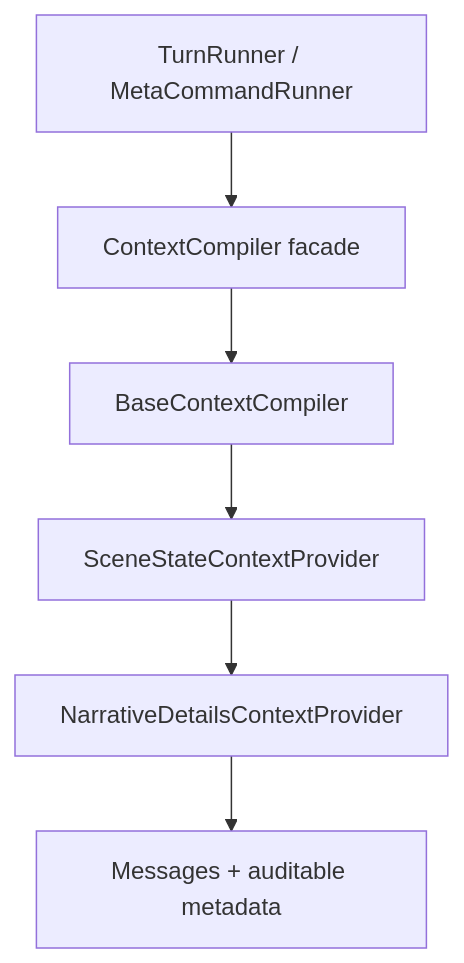
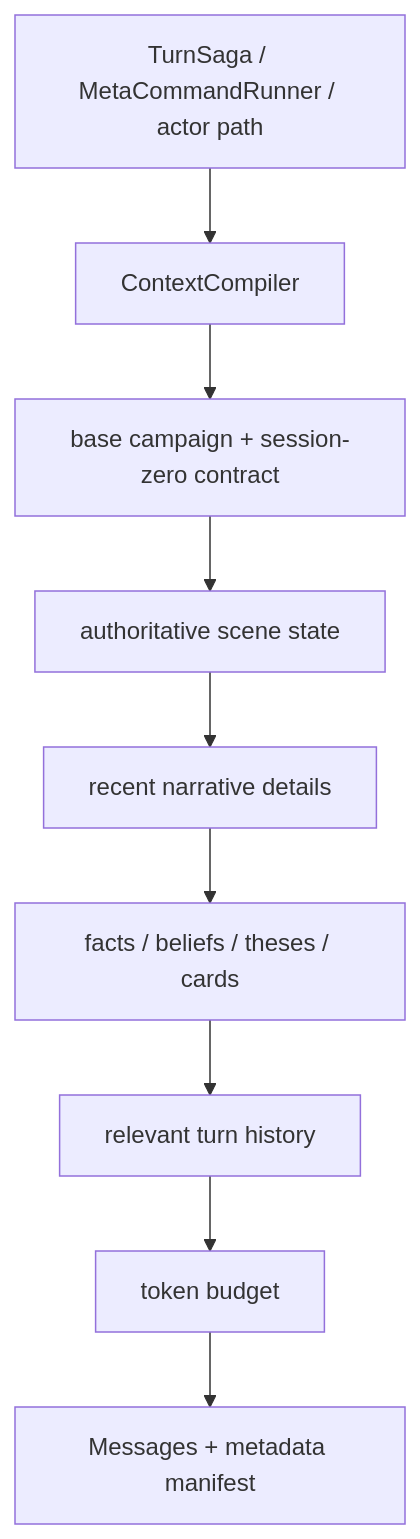
Before and after one commit to WizWiz2/personalDM: the diagram in docs/architecture/context-pipeline.md, drawn with Mermaid. The commit also changed other lines of this file, not shown here.

Commit message:
docs: актуализировать context pipeline

````diff
--- a/docs/architecture/context-pipeline.md
+++ b/docs/architecture/context-pipeline.md
@@ -14,15 +11,15 @@
 ```mermaid
 flowchart TD
-    Caller[TurnRunner / MetaCommandRunner]
-    Compiler[ContextCompiler facade]
-    Base[BaseContextCompiler]
-    Scene[SceneStateContextProvider]
-    Texture[NarrativeDetailsContextProvider]
-    Result[Messages + auditable metadata]
+    Caller[TurnSaga / MetaCommandRunner / actor path]
+    Compiler[ContextCompiler]
+    Base[base campaign + session-zero contract]
+    Scene[authoritative scene state]
+    Detail[recent narrative details]
+    Memory[facts / beliefs / theses / cards]
+    History[relevant turn history]
+    Budget[token budget]
+    Manifest[Messages + metadata manifest]
 
     Caller --> Compiler
-    Compiler --> Base
-    Base --> Scene
-    Scene --> Texture
-    Texture --> Result
+    Compiler --> Base --> Scene --> Detail --> Memory --> History --> Budget --> Manifest
 ```
````
